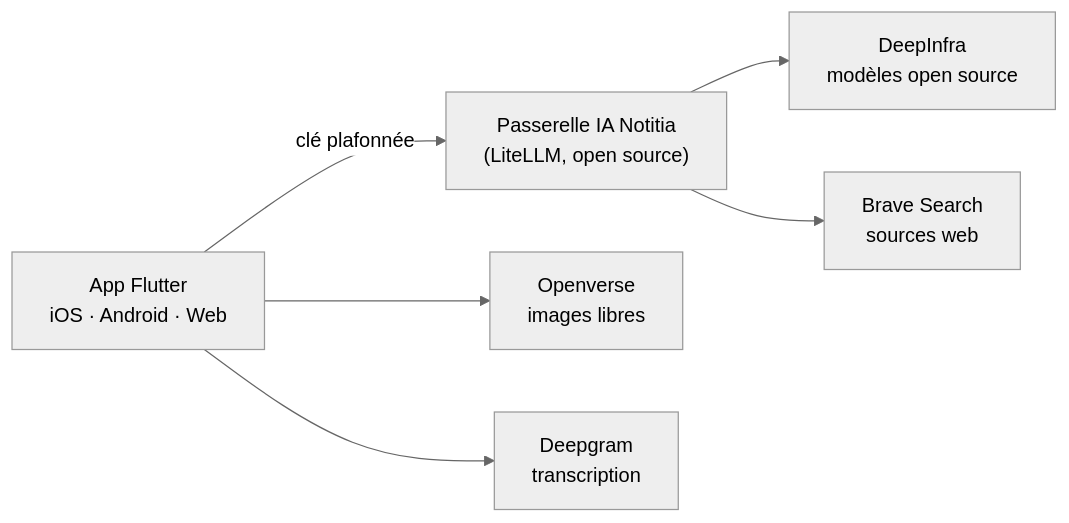
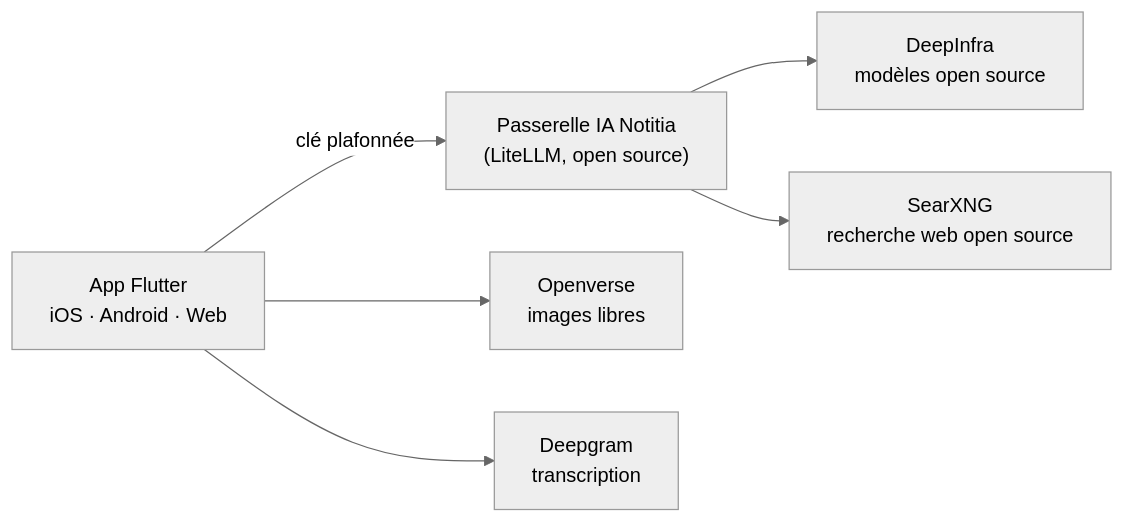
The diagram in docs/suivi/periode_2026-10-09.md (NotitiaEIP/MVP_Notitia), drawn with Mermaid (neutral theme) before and after one commit. The commit also changed other lines of this file and 11 other files, not shown here.

First line of the commit message:
feat: replace paid Brave search with self-hosted SearXNG, enforce embedding dims

````diff
--- a/docs/suivi/periode_2026-10-09.md
+++ b/docs/suivi/periode_2026-10-09.md
@@ -43,8 +43,8 @@
 ```mermaid
 flowchart LR
   App["App Flutter<br/>iOS · Android · Web"] -->|clé plafonnée| GW["Passerelle IA Notitia<br/>(LiteLLM, open source)"]
   GW --> DI["DeepInfra<br/>modèles open source"]
-  GW --> BR["Brave Search<br/>sources web"]
+  GW --> SX["SearXNG<br/>recherche web open source"]
   App --> OV["Openverse<br/>images libres"]
   App --> DG["Deepgram<br/>transcription"]
 ```
````
